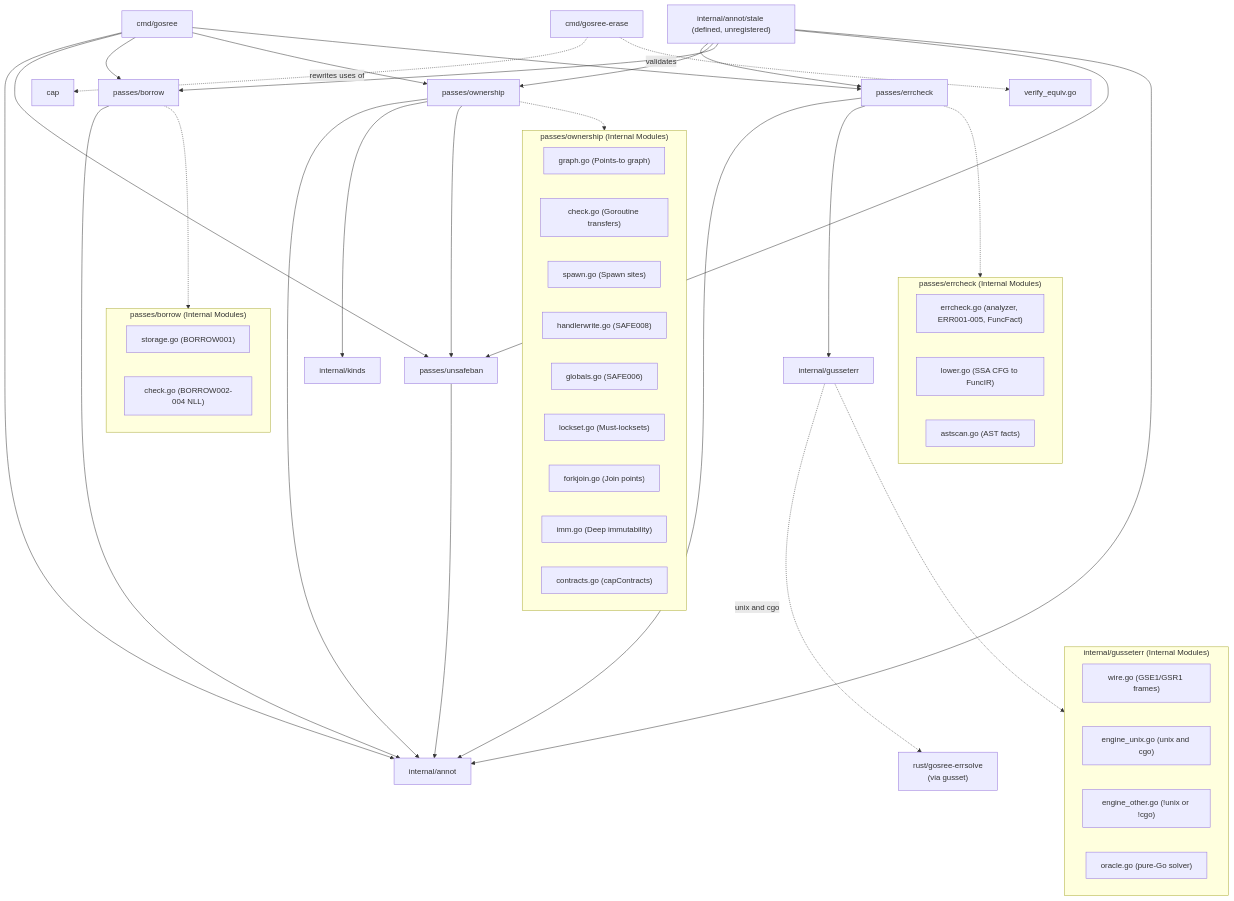
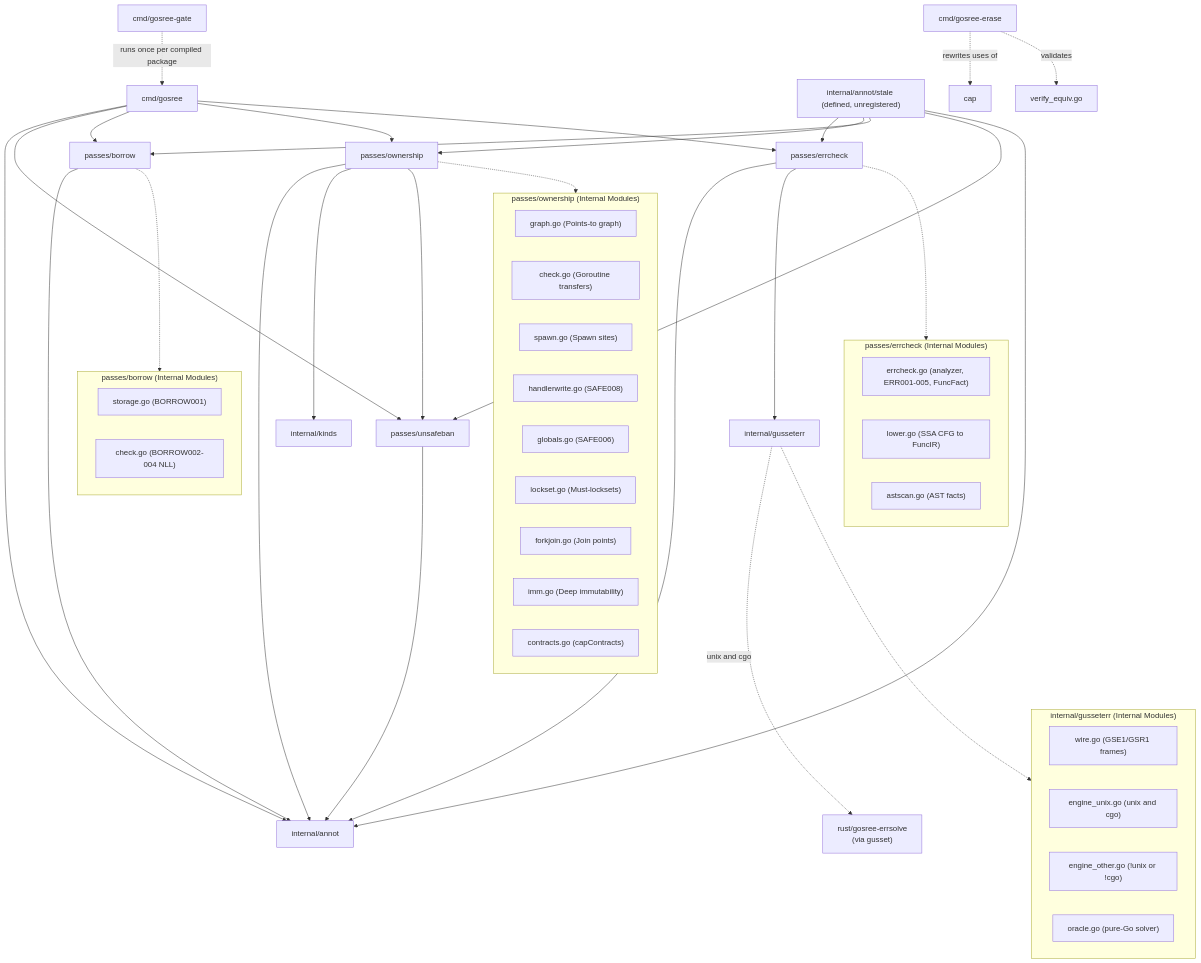
One commit to bharathvbcr/GoSree changed the ninth of 9 diagrams in docs/ARCHITECTURE.md. Above: the diagram before and after it, drawn with Mermaid. The commit also changed other lines of this file and 3 other files, not shown here.

First line of the commit message:
docs: document cmd/gosree-gate build gate and update README stress ledger

````diff
--- a/docs/ARCHITECTURE.md
+++ b/docs/ARCHITECTURE.md
@@ -381,59 +383,60 @@
 ```mermaid
 flowchart TD
     cmd_gosree["cmd/gosree"] --> internal_annot["internal/annot"]
     cmd_gosree --> passes_unsafeban["passes/unsafeban"]
     cmd_gosree --> passes_borrow["passes/borrow"]
     cmd_gosree --> passes_ownership["passes/ownership"]
     cmd_gosree --> passes_errcheck["passes/errcheck"]
 
     passes_unsafeban --> internal_annot
     passes_borrow --> internal_annot
     passes_ownership --> internal_annot
     passes_errcheck --> internal_annot
     passes_errcheck --> internal_gusseterr["internal/gusseterr"]
     internal_gusseterr -.->|"unix and cgo"| rust_engine["rust/gosree-errsolve\n(via gusset)"]
     internal_stale["internal/annot/stale (defined, unregistered)"] --> passes_errcheck
     internal_stale --> passes_ownership
     internal_stale --> passes_borrow
     internal_stale --> passes_unsafeban
     internal_stale --> internal_annot
     passes_ownership --> internal_kinds["internal/kinds"]
     passes_ownership --> passes_unsafeban
 
     subgraph passes_borrow_internals ["passes/borrow (Internal Modules)"]
         passes_borrow_storage["storage.go (BORROW001)"]
         passes_borrow_check["check.go (BORROW002-004 NLL)"]
     end
     passes_borrow -.-> passes_borrow_internals
 
     subgraph passes_ownership_internals ["passes/ownership (Internal Modules)"]
         passes_ownership_graph["graph.go (Points-to graph)"]
         passes_ownership_check["check.go (Goroutine transfers)"]
         passes_ownership_spawn["spawn.go (Spawn sites)"]
         passes_ownership_handler["handlerwrite.go (SAFE008)"]
         passes_ownership_globals["globals.go (SAFE006)"]
         passes_ownership_lockset["lockset.go (Must-locksets)"]
         passes_ownership_forkjoin["forkjoin.go (Join points)"]
         passes_ownership_imm["imm.go (Deep immutability)"]
         passes_ownership_contracts["contracts.go (capContracts)"]
     end
     passes_ownership -.-> passes_ownership_internals
 
     subgraph passes_errcheck_internals ["passes/errcheck (Internal Modules)"]
         passes_errcheck_main["errcheck.go (analyzer, ERR001-005, FuncFact)"]
         passes_errcheck_lower["lower.go (SSA CFG to FuncIR)"]
         passes_errcheck_astscan["astscan.go (AST facts)"]
     end
     passes_errcheck -.-> passes_errcheck_internals
 
     subgraph gusseterr_internals ["internal/gusseterr (Internal Modules)"]
         gusseterr_wire["wire.go (GSE1/GSR1 frames)"]
         gusseterr_unix["engine_unix.go (unix and cgo)"]
         gusseterr_other["engine_other.go (!unix or !cgo)"]
         gusseterr_oracle["oracle.go (pure-Go solver)"]
     end
     internal_gusseterr -.-> gusseterr_internals
 
+    cmd_gosree_gate["cmd/gosree-gate"] -.->|runs once per compiled package| cmd_gosree["cmd/gosree"]
     cmd_gosree_erase["cmd/gosree-erase"] -.->|rewrites uses of| cap_pkg["cap"]
     cmd_gosree_erase -.->|validates| verify_equiv["verify_equiv.go"]
 ```
````
